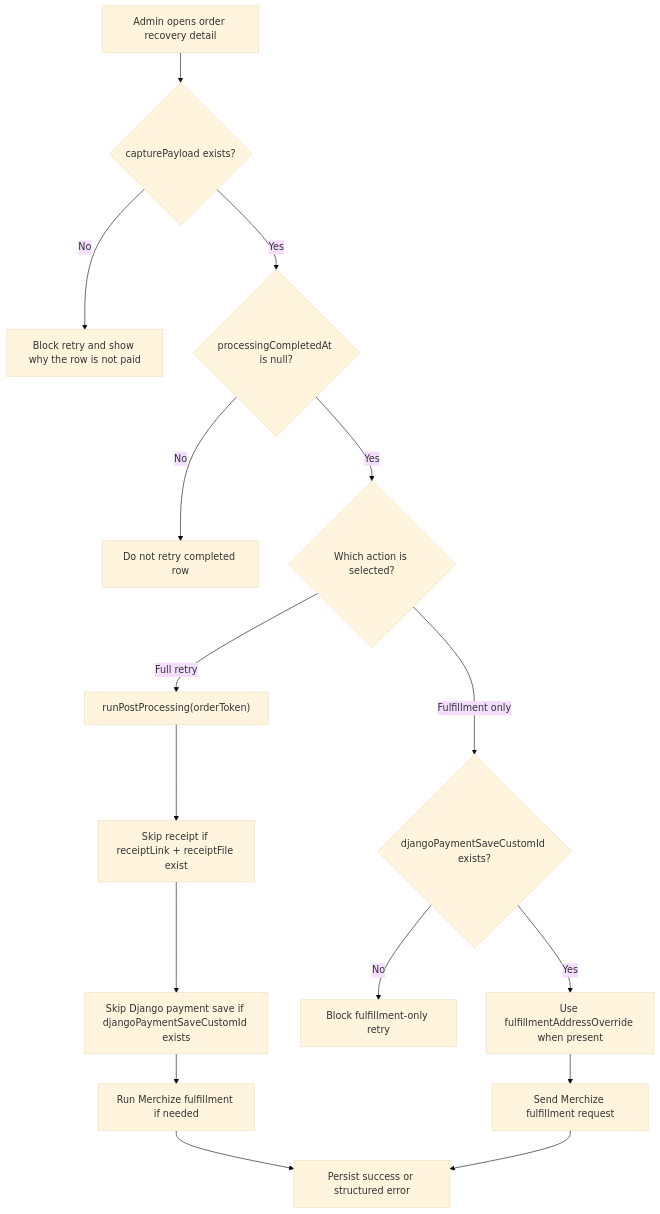
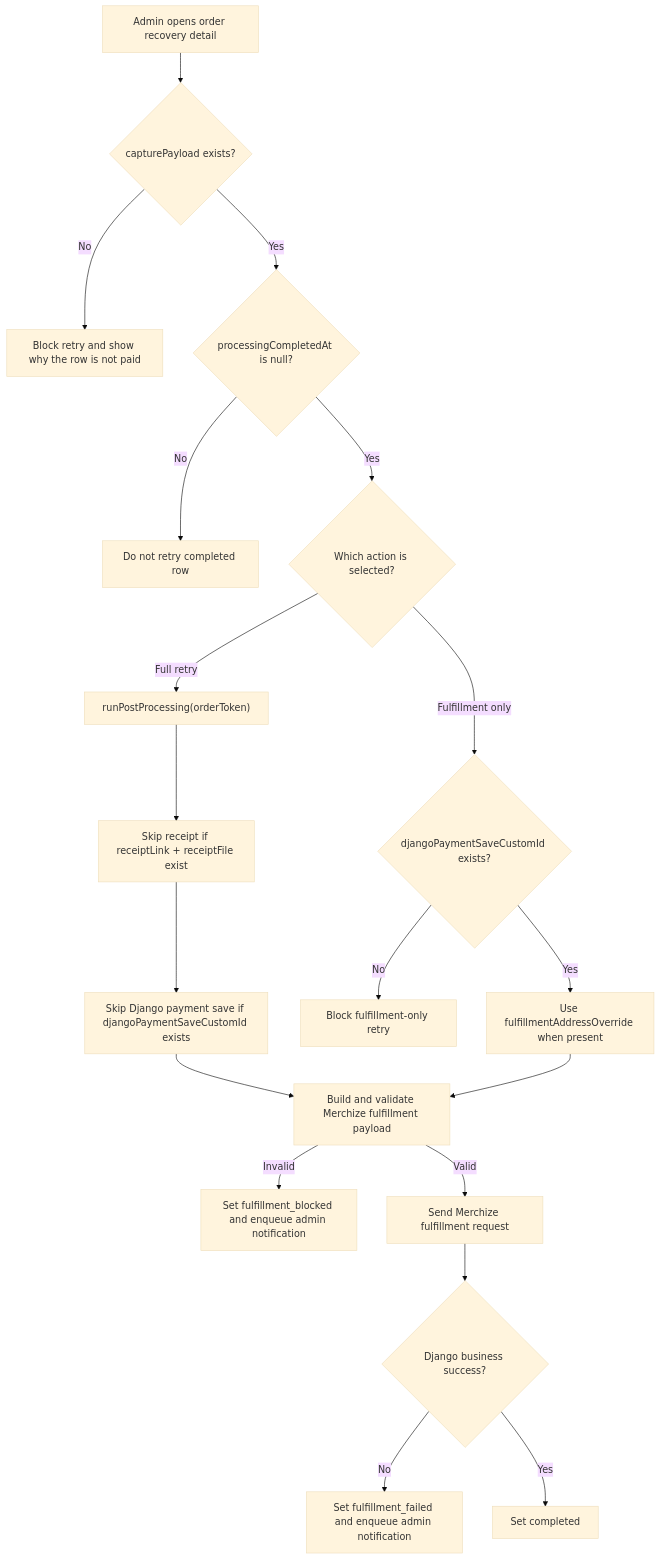
The third of 3 diagrams in ADMIN_RECOVERY_TOOLING_GUIDE.md (Codex-Christi/codex_christi_frontend), drawn with Mermaid (base theme) before and after one commit. The commit also changed other lines of this file and 13 other files, not shown here.

Commit message:
Fix fulfillment false-success ledger handling

````diff
--- a/ADMIN_RECOVERY_TOOLING_GUIDE.md
+++ b/ADMIN_RECOVERY_TOOLING_GUIDE.md
@@ -484,18 +560,21 @@
 ```mermaid
 flowchart TD
   A["Admin opens order recovery detail"] --> B{"capturePayload exists?"}
   B -->|"No"| C["Block retry and show why the row is not paid"]
   B -->|"Yes"| D{"processingCompletedAt is null?"}
   D -->|"No"| E["Do not retry completed row"]
   D -->|"Yes"| F{"Which action is selected?"}
   F -->|"Full retry"| G["runPostProcessing(orderToken)"]
   G --> H["Skip receipt if receiptLink + receiptFile exist"]
   H --> I["Skip Django payment save if djangoPaymentSaveCustomId exists"]
-  I --> J["Run Merchize fulfillment if needed"]
-  J --> K["Persist success or structured error"]
-  F -->|"Fulfillment only"| L{"djangoPaymentSaveCustomId exists?"}
-  L -->|"No"| M["Block fulfillment-only retry"]
-  L -->|"Yes"| N["Use fulfillmentAddressOverride when present"]
-  N --> O["Send Merchize fulfillment request"]
-  O --> K
+  I --> J["Build and validate Merchize fulfillment payload"]
+  J -->|"Invalid"| K["Set fulfillment_blocked and enqueue admin notification"]
+  J -->|"Valid"| L["Send Merchize fulfillment request"]
+  L --> M{"Django business success?"}
+  M -->|"No"| N["Set fulfillment_failed and enqueue admin notification"]
+  M -->|"Yes"| O["Set completed"]
+  F -->|"Fulfillment only"| R{"djangoPaymentSaveCustomId exists?"}
+  R -->|"No"| P["Block fulfillment-only retry"]
+  R -->|"Yes"| Q["Use fulfillmentAddressOverride when present"]
+  Q --> J
 ```
````
